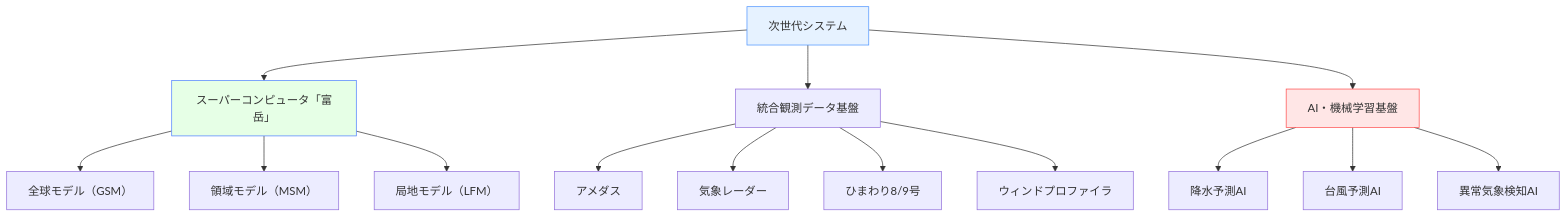
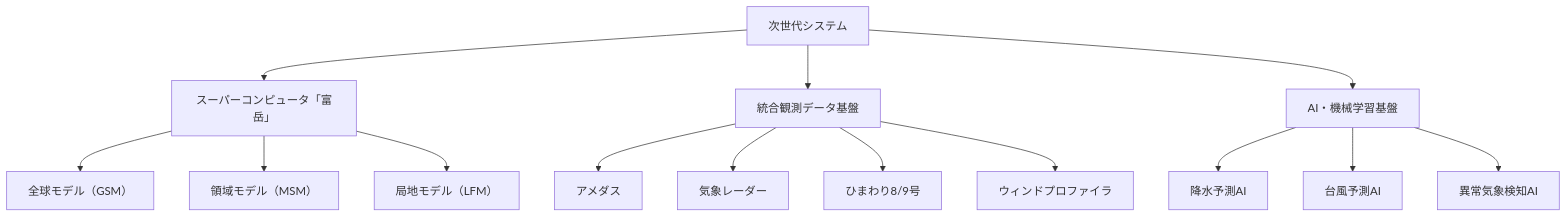
One commit to shuji-bonji/Situational-Awareness-and-Decision-Making changed the second of 2 diagrams in docs/software/weather-software.md. Above: the diagram before and after it, drawn with Mermaid. The commit also changed other lines of this file and 49 other files, not shown here.

Commit message:
fix: ダークモードで見づらい図の色の変更

````diff
--- a/docs/software/weather-software.md
+++ b/docs/software/weather-software.md
@@ -4255,23 +4255,23 @@
 ```mermaid
 graph TD
     A[次世代システム] --> B[スーパーコンピュータ「富岳」]
     A --> C[統合観測データ基盤]
     A --> D[AI・機械学習基盤]
     
     B --> B1[全球モデル（GSM）]
     B --> B2[領域モデル（MSM）]
     B --> B3[局地モデル（LFM）]
     
     C --> C1[アメダス]
     C --> C2[気象レーダー]
     C --> C3[ひまわり8/9号]
     C --> C4[ウィンドプロファイラ]
     
     D --> D1[降水予測AI]
     D --> D2[台風予測AI]
     D --> D3[異常気象検知AI]
     
-    style A fill:#e6f2ff,stroke:#4d94ff
-    style B fill:#e6ffe6,stroke:#4d7fff
-    style D fill:#ffe6e6,stroke:#ff4d4d
+
+
+
 ```
````
